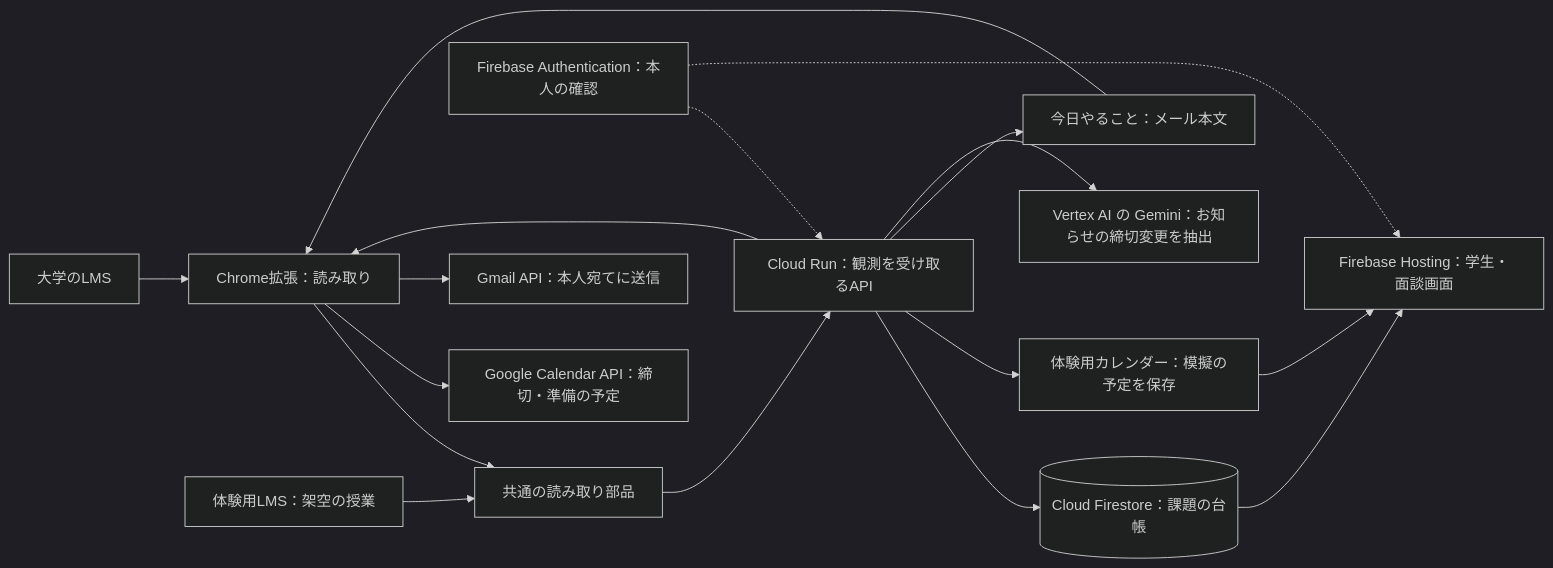
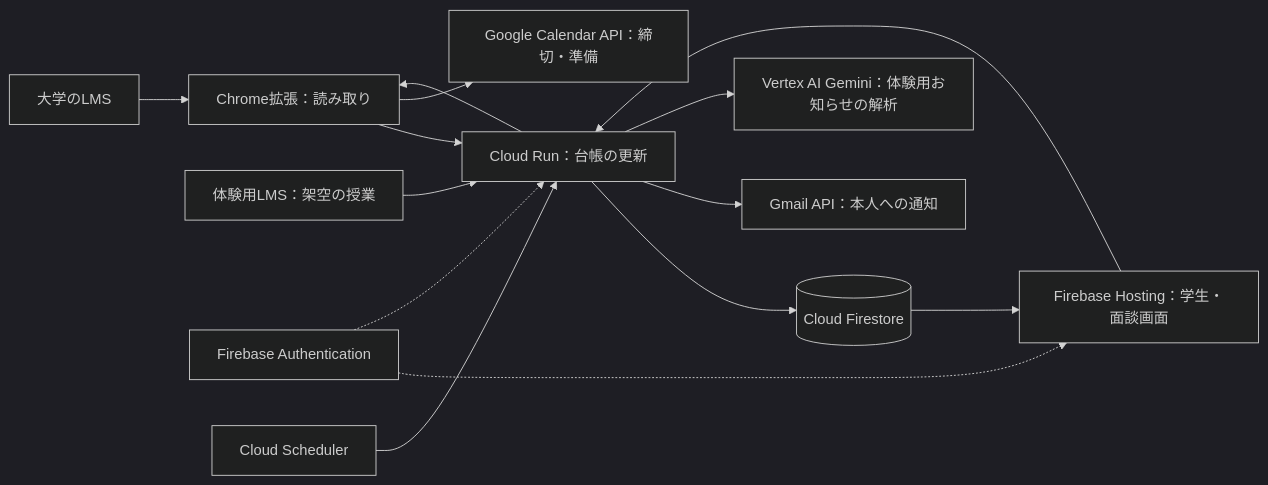
Before and after one commit to Devfest-Hackathon-2026/df-2026-t198: the diagram in README.md, drawn with Mermaid (dark theme). The commit also changed other lines of this file and 7 other files, not shown here.

````diff
--- a/README.md
+++ b/README.md
@@ -76,19 +31,16 @@
 ```mermaid
 flowchart LR
   LMS[大学のLMS] --> EXT[Chrome拡張：読み取り]
-  DEMO[体験用LMS：架空の授業] --> READER[共通の読み取り部品]
-  EXT --> READER
-  READER --> API[Cloud Run：観測を受け取るAPI]
-  API --> DB[(Cloud Firestore：課題の台帳)]
+  EXT --> API[Cloud Run：台帳の更新]
+  DEMO[体験用LMS：架空の授業] --> API
+  API --> DB[(Cloud Firestore)]
   DB --> WEB[Firebase Hosting：学生・面談画面]
-  AUTH[Firebase Authentication：本人の確認] -.-> API
-  AUTH -.-> WEB
-  API --> MOCK[体験用カレンダー：模擬の予定を保存]
-  MOCK --> WEB
+  WEB --> API
+  AUTH[Firebase Authentication] -.-> WEB
+  AUTH -.-> API
   API --> EXT
-  EXT --> CAL[Google Calendar API：締切・準備の予定]
-  API --> DIGEST[今日やること：メール本文]
-  DIGEST --> EXT
-  EXT --> GMAIL[Gmail API：本人宛てに送信]
-  API --> GEMINI[Vertex AI の Gemini：お知らせの締切変更を抽出]
+  EXT --> CAL[Google Calendar API：締切・準備]
+  SCHED[Cloud Scheduler] --> API
+  API --> GMAIL[Gmail API：本人への通知]
+  API --> GEMINI[Vertex AI Gemini：体験用お知らせの解析]
 ```
````
